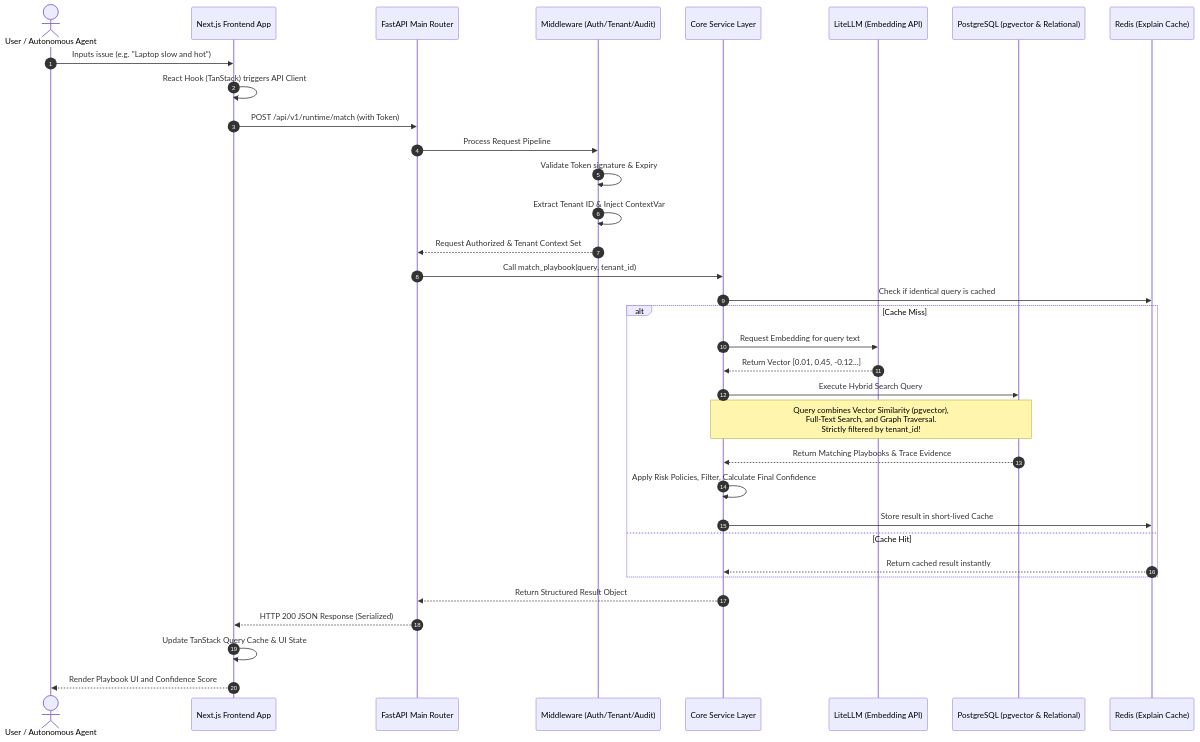
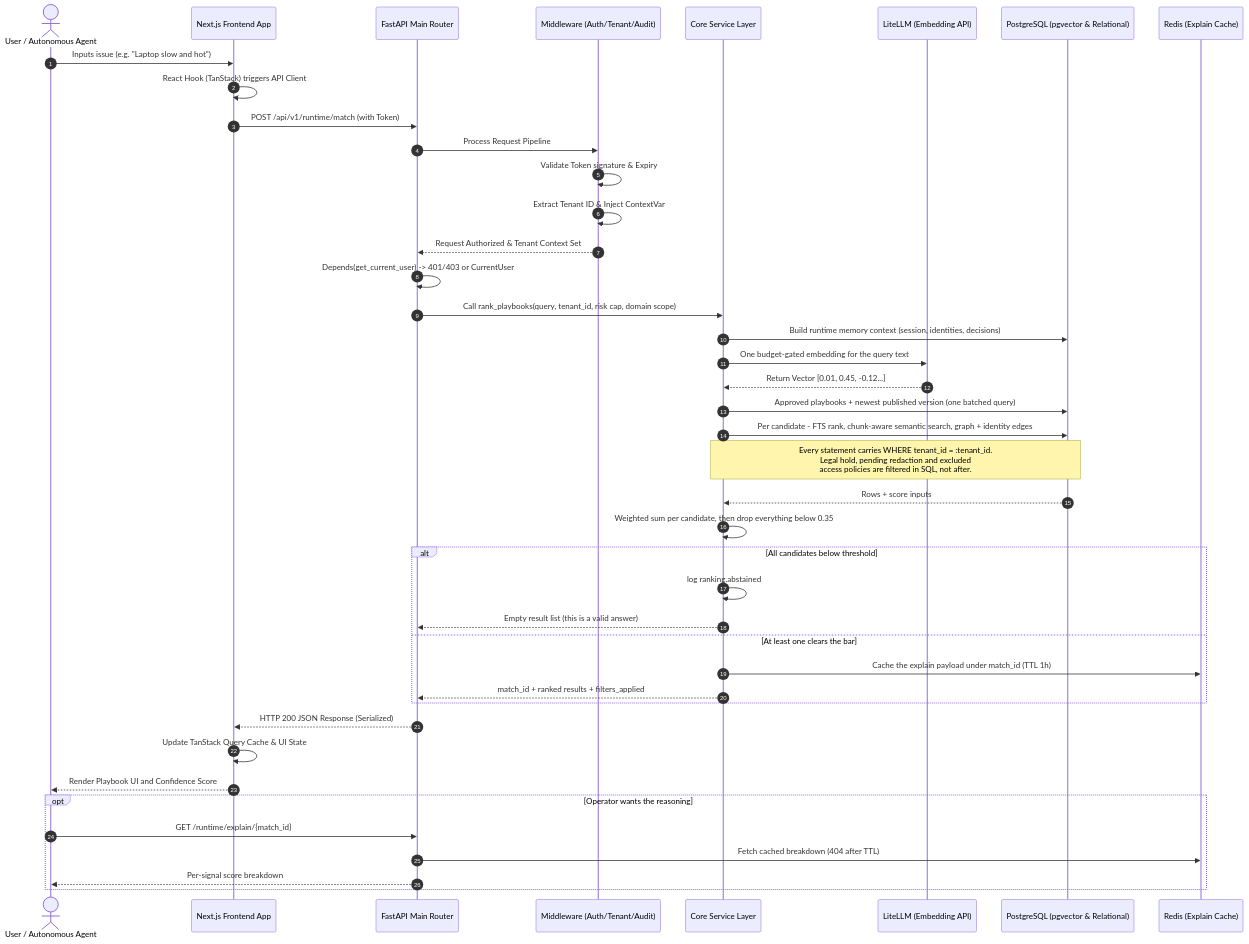
The second of 2 diagrams in docs/01_Project_Overview.md (Valuedx/ContextEdge), drawn with Mermaid before and after one commit. The commit also changed other lines of this file and 48 other files, not shown here.

````diff
--- a/docs/01_Project_Overview.md
+++ b/docs/01_Project_Overview.md
@@ -455,44 +472,53 @@
 ```mermaid
 sequenceDiagram
     autonumber
     actor User as User / Autonomous Agent
     participant FE as Next.js Frontend App
     participant API as FastAPI Main Router
     participant MW as Middleware (Auth/Tenant/Audit)
     participant SVC as Core Service Layer
     participant LLM as LiteLLM (Embedding API)
     participant DB as PostgreSQL (pgvector & Relational)
     participant Redis as Redis (Explain Cache)
     
     User->>FE: Inputs issue (e.g. "Laptop slow and hot")
     FE->>FE: React Hook (TanStack) triggers API Client
     FE->>API: POST /api/v1/runtime/match (with Token)
     
     API->>MW: Process Request Pipeline
     MW->>MW: Validate Token signature & Expiry
     MW->>MW: Extract Tenant ID & Inject ContextVar
     MW-->>API: Request Authorized & Tenant Context Set
     
-    API->>SVC: Call match_playbook(query, tenant_id)
-    
-    SVC->>Redis: Check if identical query is cached
-    alt Cache Miss
-        SVC->>LLM: Request Embedding for query text
-        LLM-->>SVC: Return Vector [0.01, 0.45, -0.12...]
-        
-        SVC->>DB: Execute Hybrid Search Query
-        Note over SVC,DB: Query combines Vector Similarity (pgvector),<br/>Full-Text Search, and Graph Traversal.<br/>Strictly filtered by tenant_id!
-        DB-->>SVC: Return Matching Playbooks & Trace Evidence
-        
-        SVC->>SVC: Apply Risk Policies, Filter, Calculate Final Confidence
-        SVC->>Redis: Store result in short-lived Cache
-    else Cache Hit
-        Redis-->>SVC: Return cached result instantly
+    API->>API: Depends(get_current_user) -> 401/403 or CurrentUser
+    API->>SVC: Call rank_playbooks(query, tenant_id, risk cap, domain scope)
+
+    SVC->>DB: Build runtime memory context (session, identities, decisions)
+    SVC->>LLM: One budget-gated embedding for the query text
+    LLM-->>SVC: Return Vector [0.01, 0.45, -0.12...]
+
+    SVC->>DB: Approved playbooks + newest published version (one batched query)
+    SVC->>DB: Per candidate - FTS rank, chunk-aware semantic search, graph + identity edges
+    Note over SVC,DB: Every statement carries WHERE tenant_id = :tenant_id.<br/>Legal hold, pending redaction and excluded<br/>access policies are filtered in SQL, not after.
+    DB-->>SVC: Rows + score inputs
+
+    SVC->>SVC: Weighted sum per candidate, then drop everything below 0.35
+    alt All candidates below threshold
+        SVC->>SVC: log ranking.abstained
+        SVC-->>API: Empty result list (this is a valid answer)
+    else At least one clears the bar
+        SVC->>Redis: Cache the explain payload under match_id (TTL 1h)
+        SVC-->>API: match_id + ranked results + filters_applied
     end
-    
-    SVC-->>API: Return Structured Result Object
+
     API-->>FE: HTTP 200 JSON Response (Serialized)
-    
+
     FE->>FE: Update TanStack Query Cache & UI State
     FE-->>User: Render Playbook UI and Confidence Score
+
+    opt Operator wants the reasoning
+        User->>API: GET /runtime/explain/{match_id}
+        API->>Redis: Fetch cached breakdown (404 after TTL)
+        API-->>User: Per-signal score breakdown
+    end
 ```
````
